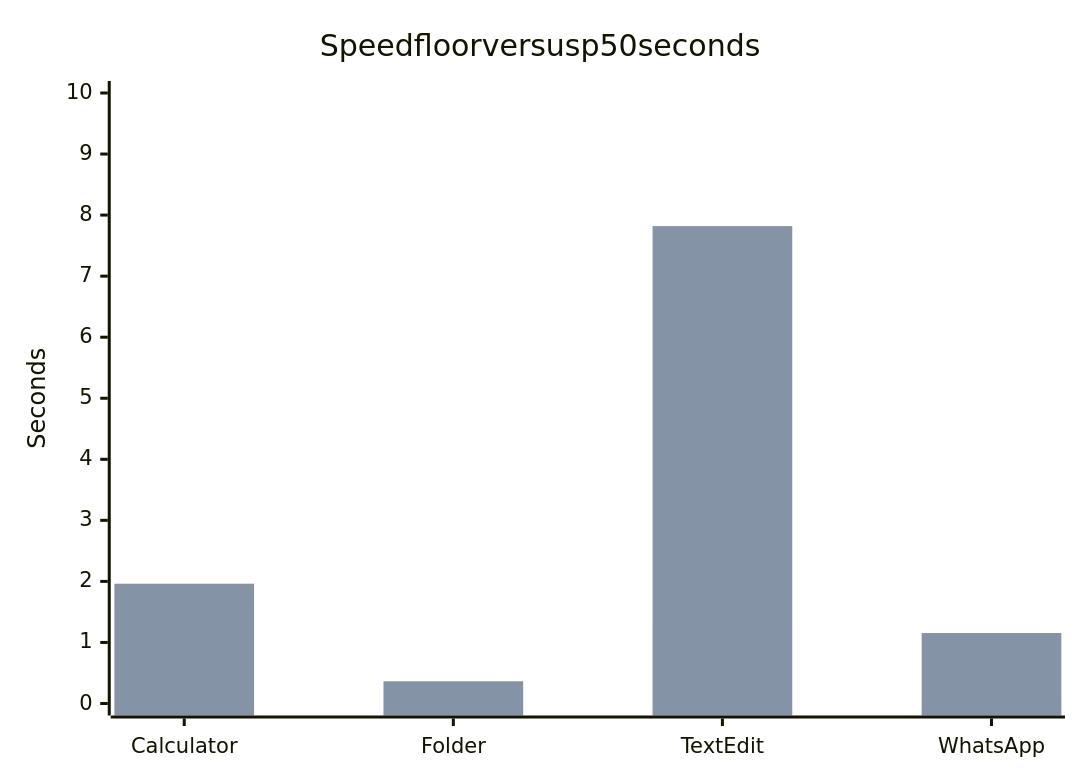
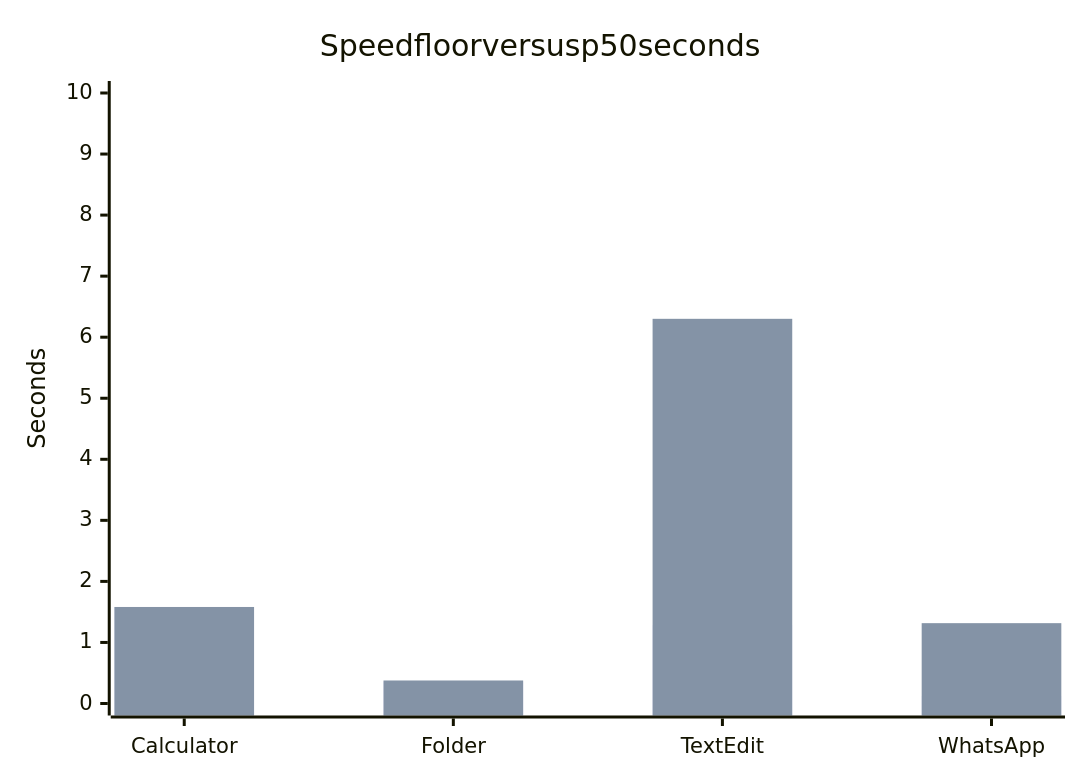
Before and after one commit to ingpoc/agent-plugins: the third of 3 diagrams in plugins/agent-computer-use/README.md, drawn with Mermaid. The commit also changed other lines of this file and 12 other files, not shown here.

````diff
--- a/plugins/agent-computer-use/README.md
+++ b/plugins/agent-computer-use/README.md
@@ -76,8 +76,8 @@
 ```mermaid
 xychart-beta
     title Speed floor versus p50 seconds
     x-axis [Calculator, Folder, TextEdit, WhatsApp]
     y-axis "Seconds" 0 --> 10
     bar [1.582, 0.358, 1.284, 0.125]
-    bar [1.962, 0.364, 7.82, 1.154]
+    bar [1.581, 0.377, 6.301, 1.316]
 ```
````
